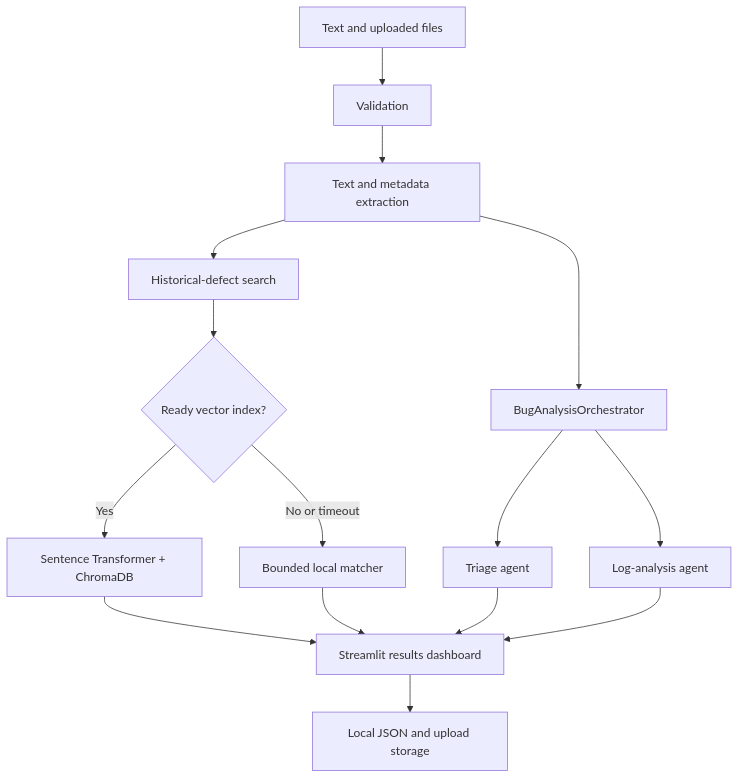
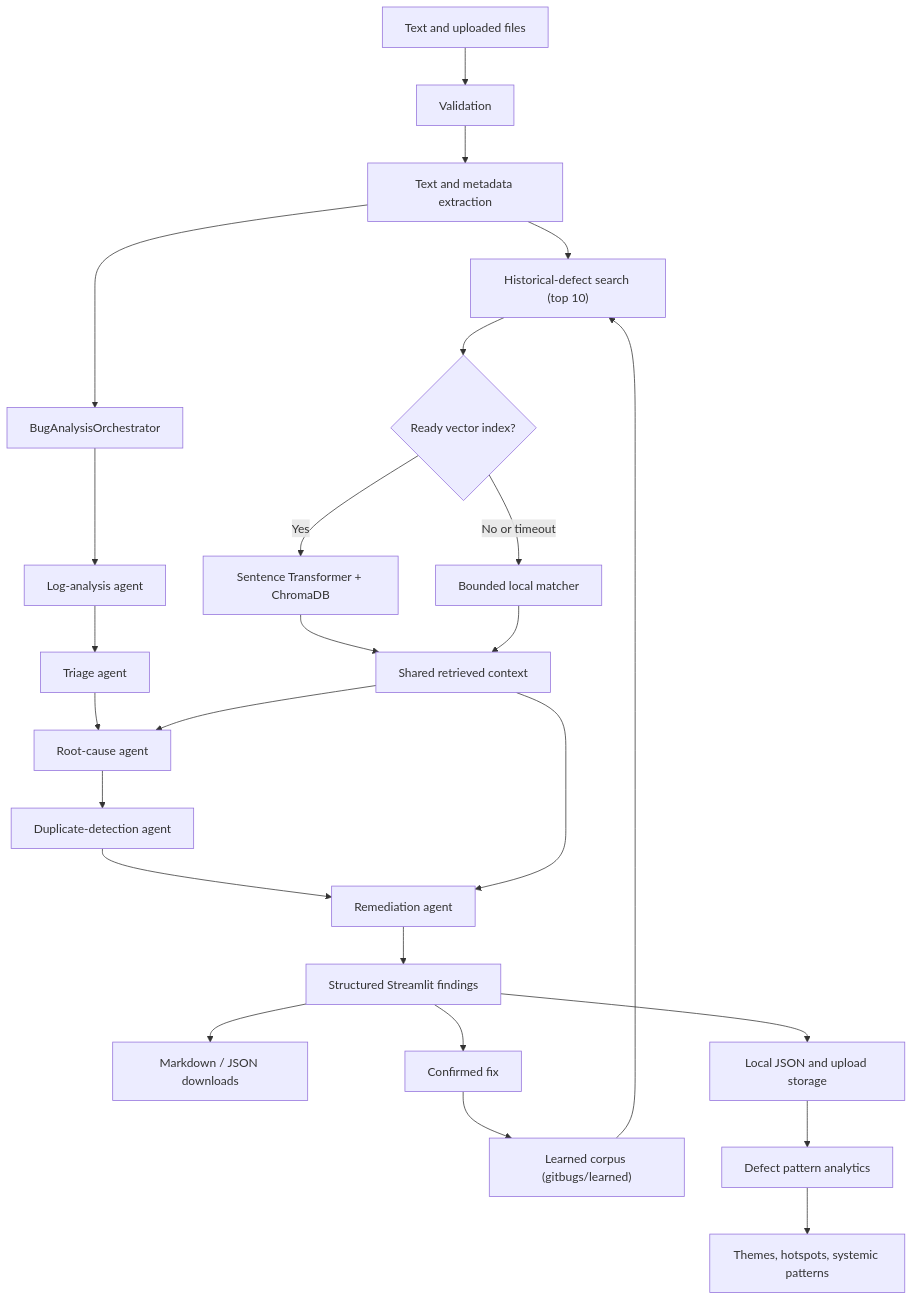
The diagram in system-architecture.md (Ragav-K/AI-Smart-Bug-Analyzer-Fix-Advisor), drawn with Mermaid before and after one commit. The commit also changed other lines of this file and 13 other files, not shown here.

````diff
--- a/system-architecture.md
+++ b/system-architecture.md
@@ -6,17 +6,27 @@
 ```mermaid
 flowchart TD
     A["Text and uploaded files"] --> B["Validation"]
     B --> C["Text and metadata extraction"]
-    C --> D["Historical-defect search"]
+    C --> D["Historical-defect search (top 10)"]
     C --> E["BugAnalysisOrchestrator"]
     D --> F{"Ready vector index?"}
     F -->|Yes| G["Sentence Transformer + ChromaDB"]
     F -->|No or timeout| H["Bounded local matcher"]
-    E --> I["Triage agent"]
+    G --> I["Shared retrieved context"]
+    H --> I
     E --> J["Log-analysis agent"]
-    G --> K["Streamlit results dashboard"]
-    H --> K
-    I --> K
-    J --> K
-    K --> L["Local JSON and upload storage"]
+    J --> K["Triage agent"]
+    K --> L["Root-cause agent"]
+    I --> L
+    L --> M["Duplicate-detection agent"]
+    M --> N["Remediation agent"]
+    I --> N
+    N --> O["Structured Streamlit findings"]
+    O --> P["Markdown / JSON downloads"]
+    O --> Q["Local JSON and upload storage"]
+    O --> R["Confirmed fix"]
+    R --> S["Learned corpus (gitbugs/learned)"]
+    S --> D
+    Q --> T["Defect pattern analytics"]
+    T --> U["Themes, hotspots, systemic patterns"]
 ```
````
